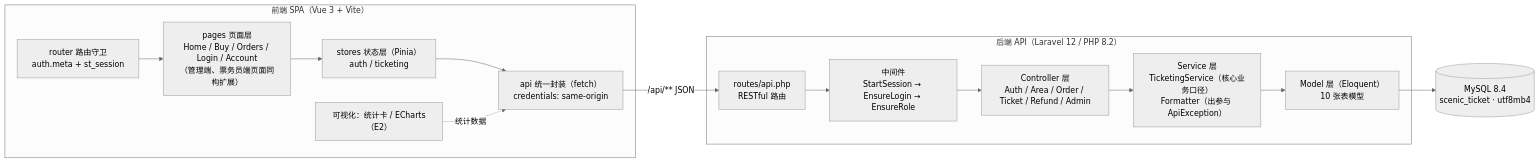
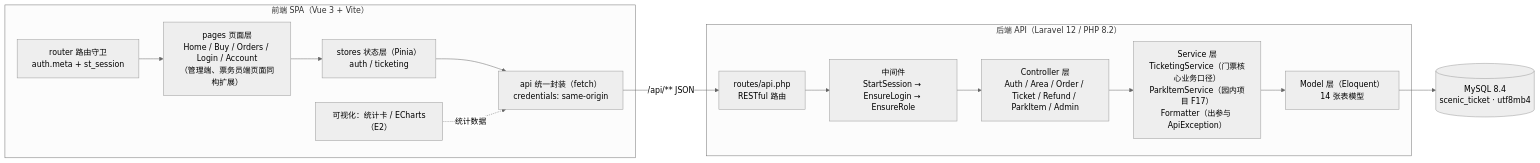
The first of 6 diagrams in docs/景区售票系统课程设计-概要与详细设计.md (Ann0y/laravel), drawn with Mermaid (neutral theme) before and after one commit. The commit also changed other lines of this file and 4 other files, not shown here.

````diff
--- a/docs/景区售票系统课程设计-概要与详细设计.md
+++ b/docs/景区售票系统课程设计-概要与详细设计.md
@@ -82,26 +82,26 @@
 ```mermaid
 flowchart LR
     subgraph 前端["前端 SPA（Vue 3 + Vite）"]
         PAGE["pages 页面层<br/>Home / Buy / Orders / Login / Account<br/>（管理端、票务员端页面同构扩展）"]
         STORE["stores 状态层（Pinia）<br/>auth / ticketing"]
         APICLIENT["api 统一封装（fetch）<br/>credentials: same-origin"]
         ROUTER["router 路由守卫<br/>auth.meta + st_session"]
         VIZ["可视化：统计卡 / ECharts（E2）"]
         PAGE --> STORE --> APICLIENT
         ROUTER --> PAGE
     end
 
     subgraph 后端["后端 API（Laravel 12 / PHP 8.2）"]
         HTTP["routes/api.php<br/>RESTful 路由"]
         MW["中间件<br/>StartSession → EnsureLogin → EnsureRole"]
-        CTRL["Controller 层<br/>Auth / Area / Order / Ticket / Refund / Admin"]
-        SVC["Service 层<br/>TicketingService（核心业务口径）<br/>Formatter（出参与 ApiException）"]
-        ORM["Model 层（Eloquent）<br/>10 张表模型"]
+        CTRL["Controller 层<br/>Auth / Area / Order / Ticket / Refund / ParkItem / Admin"]
+        SVC["Service 层<br/>TicketingService（门票核心业务口径）<br/>ParkItemService（园内项目 F17）<br/>Formatter（出参与 ApiException）"]
+        ORM["Model 层（Eloquent）<br/>14 张表模型"]
         HTTP --> MW --> CTRL --> SVC --> ORM
     end
 
     DB[("MySQL 8.4<br/>scenic_ticket · utf8mb4")]
     APICLIENT -- "/api/** JSON" --> HTTP
     ORM --> DB
     VIZ -. 统计数据 .-> APICLIENT
 ```
````
